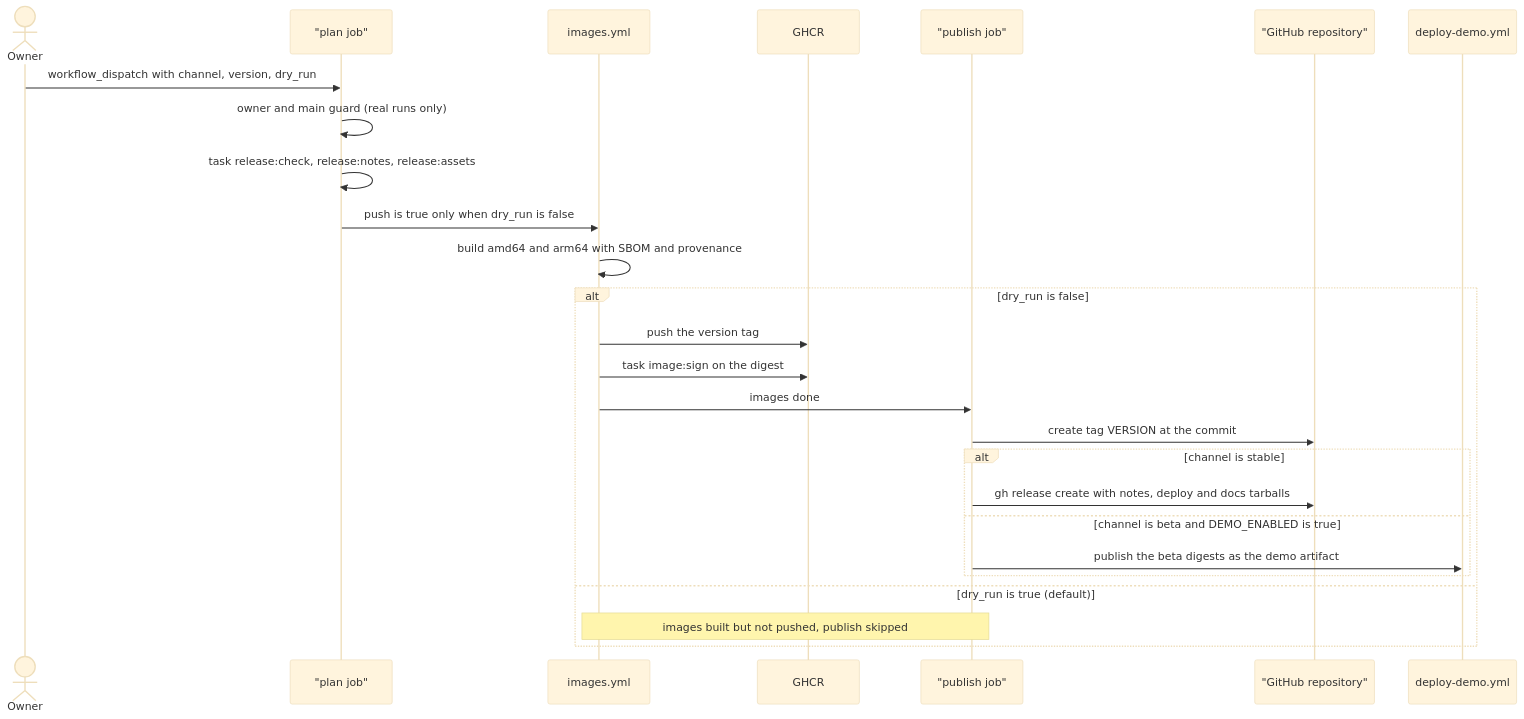
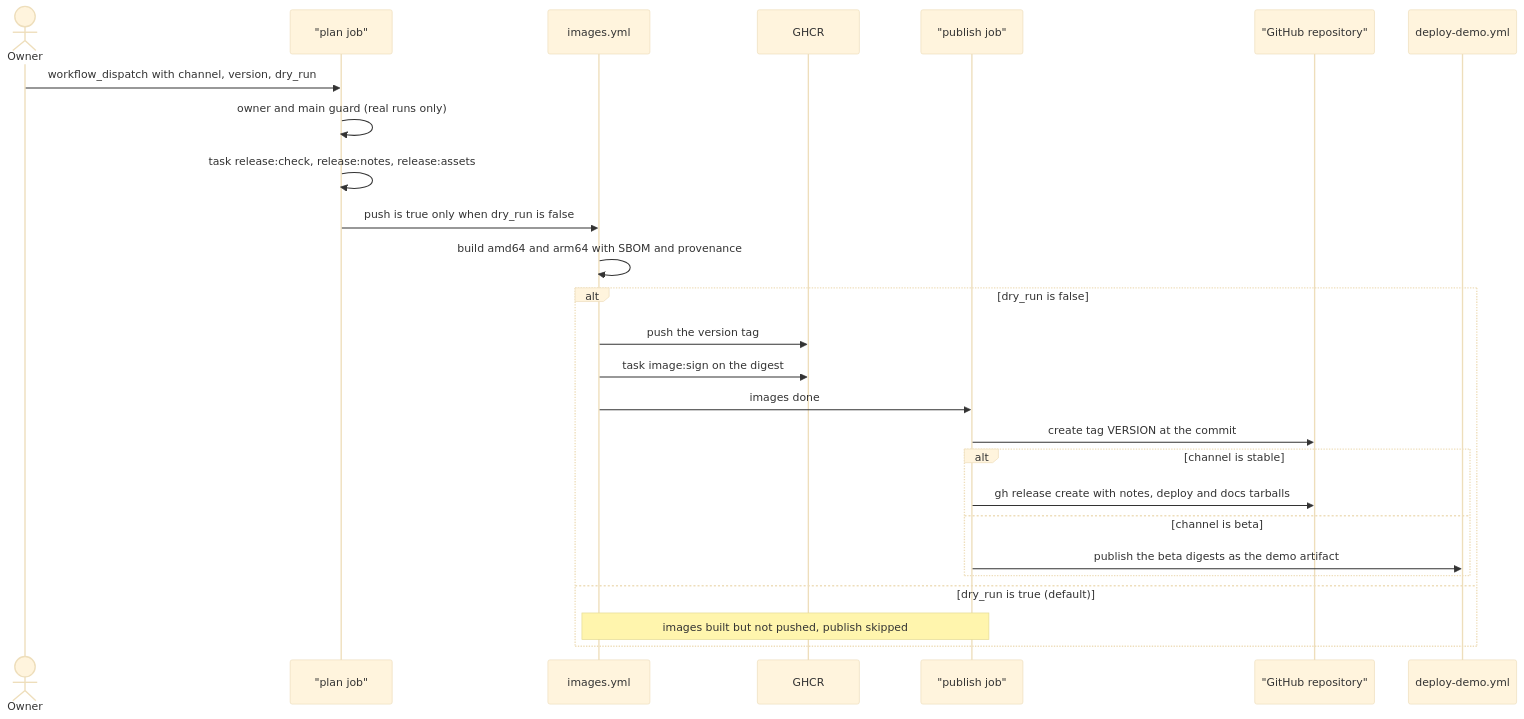
One commit to arkadiuss/openfief changed the fifth of 5 diagrams in docs/dev/pipeline.md. Above: the diagram before and after it, drawn with Mermaid (base theme). The commit also changed other lines of this file and 4 other files, not shown here.

First line of the commit message:
ci(demo): deploy the demo on every push to main, without DEMO_ENABLED

````diff
--- a/docs/dev/pipeline.md
+++ b/docs/dev/pipeline.md
@@ -210,28 +208,28 @@
 ```mermaid
 sequenceDiagram
   actor A as Owner
   participant P as "plan job"
   participant I as images.yml
   participant G as GHCR
   participant U as "publish job"
   participant H as "GitHub repository"
   participant D as deploy-demo.yml
   A->>P: workflow_dispatch with channel, version, dry_run
   P->>P: owner and main guard (real runs only)
   P->>P: task release:check, release:notes, release:assets
   P->>I: push is true only when dry_run is false
   I->>I: build amd64 and arm64 with SBOM and provenance
   alt dry_run is false
     I->>G: push the version tag
     I->>G: task image:sign on the digest
     I->>U: images done
     U->>H: create tag VERSION at the commit
     alt channel is stable
       U->>H: gh release create with notes, deploy and docs tarballs
-    else channel is beta and DEMO_ENABLED is true
+    else channel is beta
       U->>D: publish the beta digests as the demo artifact
     end
   else dry_run is true (default)
     Note over I,U: images built but not pushed, publish skipped
   end
 ```
````
